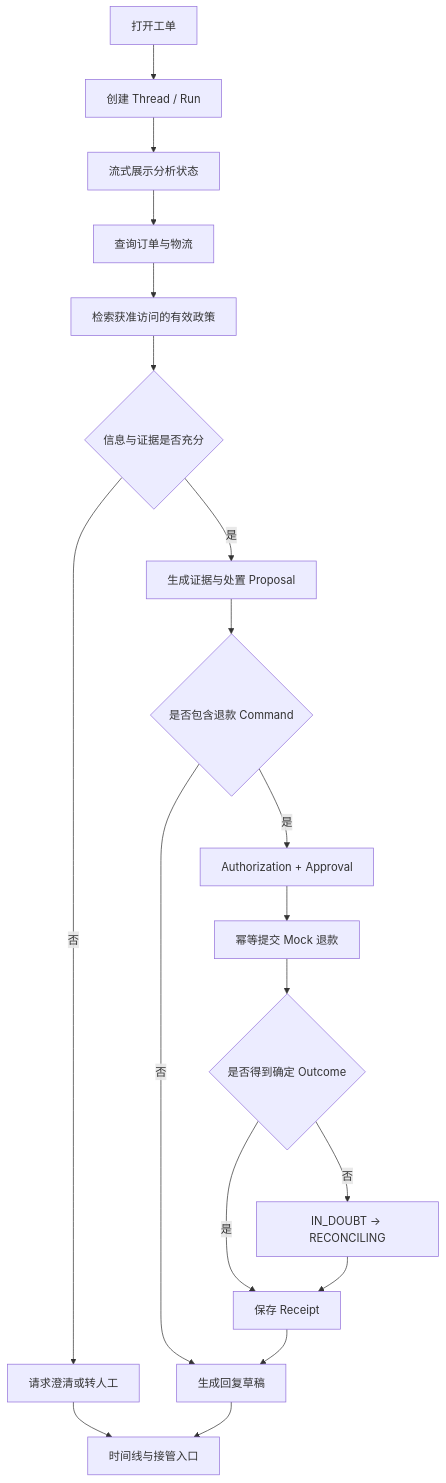
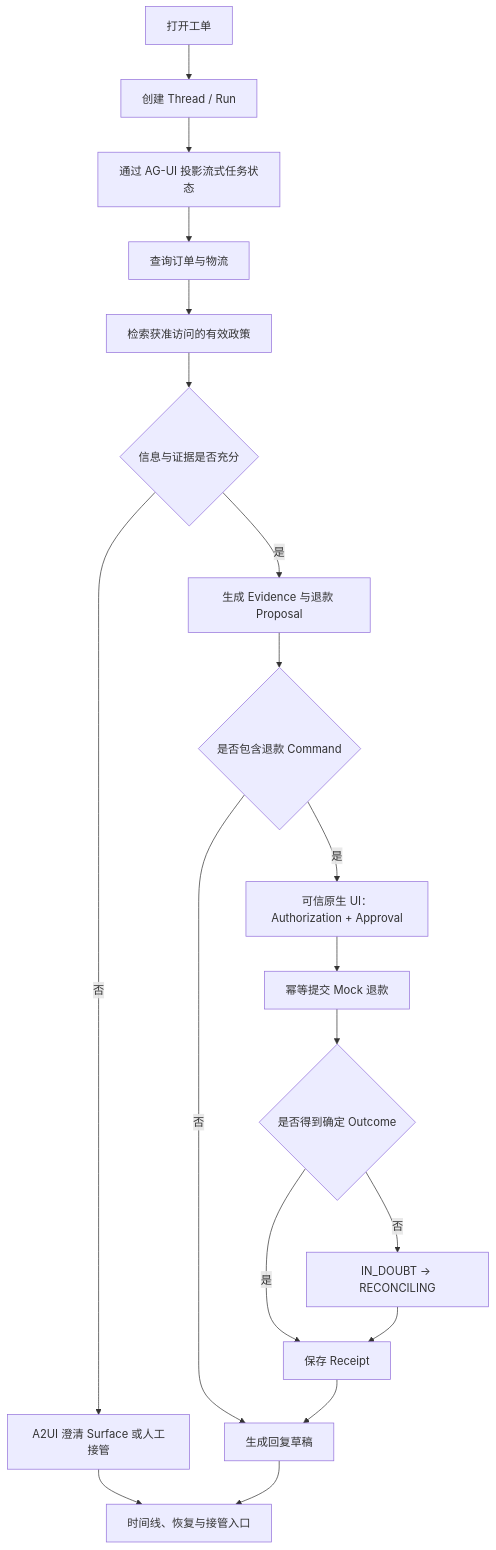
One commit to whatthehan/masterpiece-static-docs changed the diagram in site/01-导读/05-从学习到转型的完整路线.md. Above: the diagram before and after it, drawn with Mermaid. The commit also changed other lines of this file and 165 other files, not shown here.

````diff
--- a/site/01-导读/05-从学习到转型的完整路线.md
+++ b/site/01-导读/05-从学习到转型的完整路线.md
@@ -11,21 +17,21 @@
 ```mermaid
 flowchart TD
     A["打开工单"] --> B["创建 Thread / Run"]
-    B --> C["流式展示分析状态"]
+    B --> C["通过 AG-UI 投影流式任务状态"]
     C --> D["查询订单与物流"]
     D --> E["检索获准访问的有效政策"]
     E --> F{"信息与证据是否充分"}
-    F -->|否| G["请求澄清或转人工"]
-    F -->|是| H["生成证据与处置 Proposal"]
+    F -->|否| G["A2UI 澄清 Surface 或人工接管"]
+    F -->|是| H["生成 Evidence 与退款 Proposal"]
     H --> I{"是否包含退款 Command"}
     I -->|否| J["生成回复草稿"]
-    I -->|是| K["Authorization + Approval"]
+    I -->|是| K["可信原生 UI：Authorization + Approval"]
     K --> L["幂等提交 Mock 退款"]
     L --> M{"是否得到确定 Outcome"}
     M -->|否| N["IN_DOUBT → RECONCILING"]
     M -->|是| O["保存 Receipt"]
     N --> O
     O --> J
-    G --> P["时间线与接管入口"]
+    G --> P["时间线、恢复与接管入口"]
     J --> P
 ```
````
